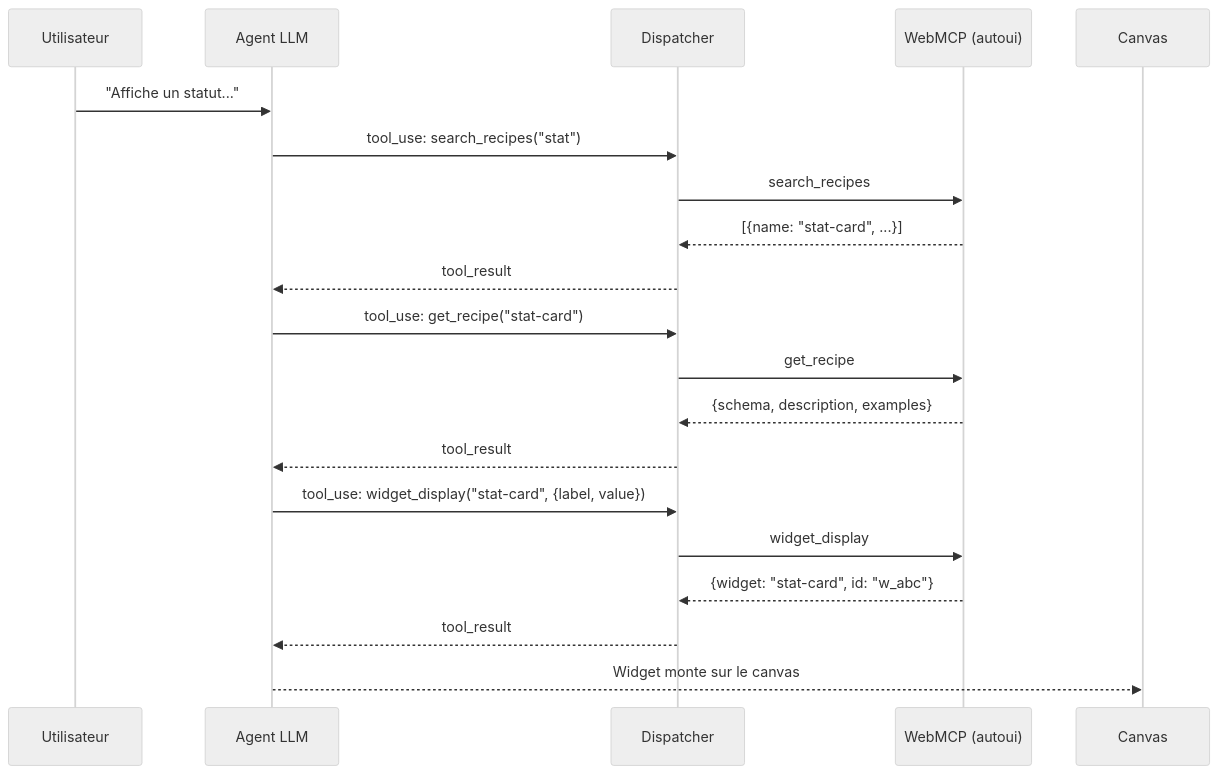
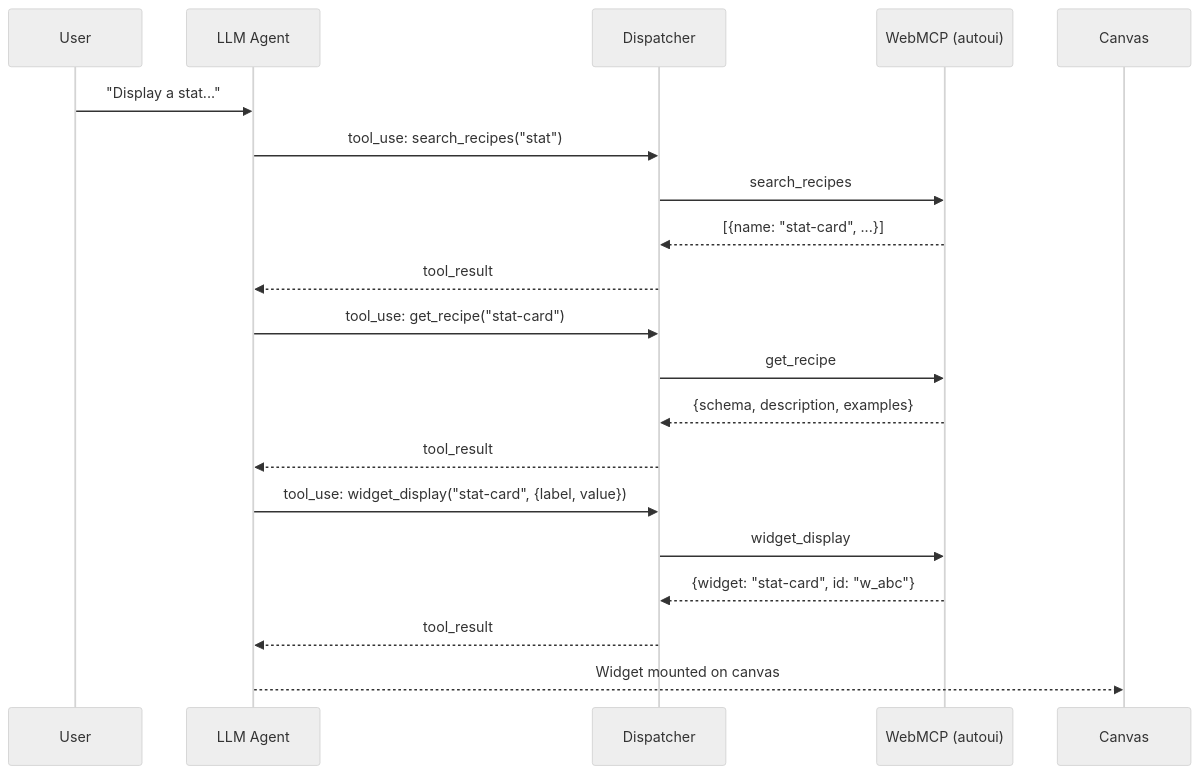
The first of 2 diagrams in docs/starlight/src/content/docs/guide/getting-started.mdx (jeanbaptiste/webmcp-auto-ui), drawn with Mermaid (neutral theme) before and after one commit. The commit also changed other lines of this file and 94 other files, not shown here.

````diff
--- a/docs/starlight/src/content/docs/guide/getting-started.mdx
+++ b/docs/starlight/src/content/docs/guide/getting-started.mdx
@@ -137,23 +137,23 @@
 ```mermaid
 sequenceDiagram
-    participant U as Utilisateur
-    participant A as Agent LLM
+    participant U as User
+    participant A as LLM Agent
     participant D as Dispatcher
     participant W as WebMCP (autoui)
     participant C as Canvas
 
-    U->>A: "Affiche un statut..."
+    U->>A: "Display a stat..."
     A->>D: tool_use: search_recipes("stat")
     D->>W: search_recipes
     W-->>D: [{name: "stat-card", ...}]
     D-->>A: tool_result
     A->>D: tool_use: get_recipe("stat-card")
     D->>W: get_recipe
     W-->>D: {schema, description, examples}
     D-->>A: tool_result
     A->>D: tool_use: widget_display("stat-card", {label, value})
     D->>W: widget_display
     W-->>D: {widget: "stat-card", id: "w_abc"}
     D-->>A: tool_result
-    A-->>C: Widget monte sur le canvas
+    A-->>C: Widget mounted on canvas
 ```
````
